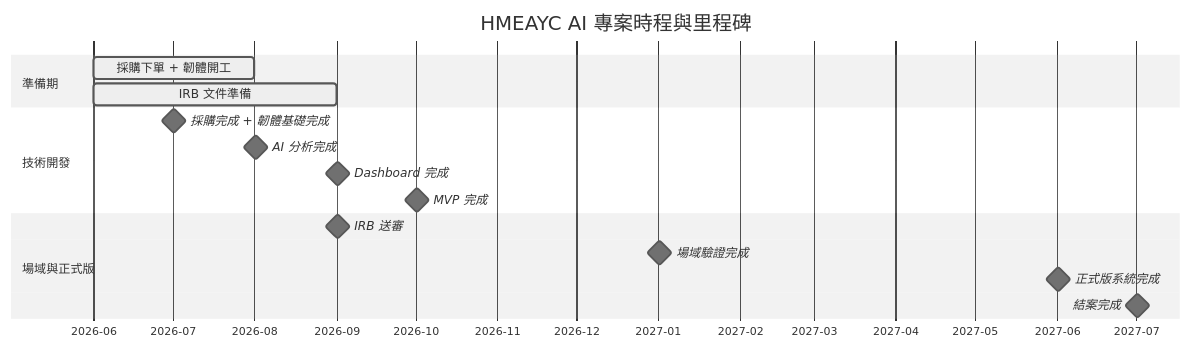
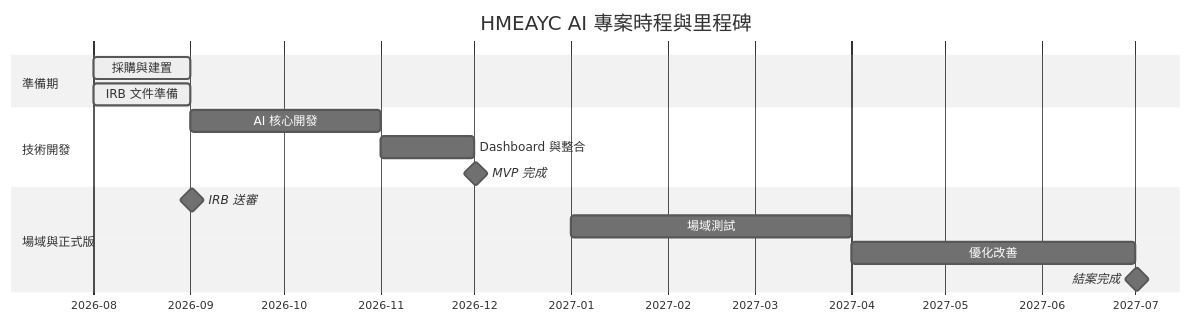
Before and after one commit to HMEAYC/NSTC: the diagram in README.md, drawn with Mermaid (neutral theme). The commit also changed other lines of this file and 33 other files, not shown here.

````diff
--- a/README.md
+++ b/README.md
@@ -71,22 +70,21 @@
 ```mermaid
 gantt
     title HMEAYC AI 專案時程與里程碑
     dateFormat  YYYY-MM
     axisFormat  %Y-%m
 
     section 準備期
-    採購下單 + 韌體開工    :active, 2026-06, 2026-08
-    IRB 文件準備           :active, 2026-06, 2026-09
+    採購與建置             :active, 2026-08, 2026-09
+    IRB 文件準備           :active, 2026-08, 2026-09
 
     section 技術開發
-    採購完成 + 韌體基礎完成 :milestone, 2026-07, 1d
-    AI 分析完成            :milestone, 2026-08, 1d
-    Dashboard 完成         :milestone, 2026-09, 1d
-    MVP 完成               :milestone, 2026-10, 1d
+    AI 核心開發            :2026-09, 2026-11
+    Dashboard 與整合        :2026-11, 2026-12
+    MVP 完成               :milestone, 2026-12, 1d
 
     section 場域與正式版
     IRB 送審               :milestone, 2026-09, 1d
-    場域驗證完成            :milestone, 2027-01, 1d
-    正式版系統完成          :milestone, 2027-06, 1d
+    場域測試               :2027-01, 2027-04
+    優化改善               :2027-04, 2027-07
     結案完成               :milestone, 2027-07, 1d
 ```
````
